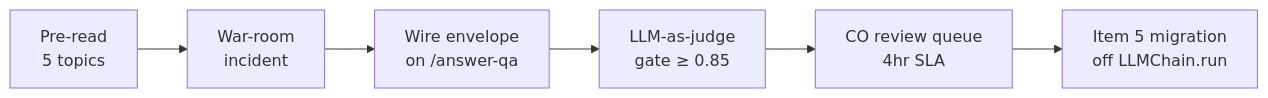
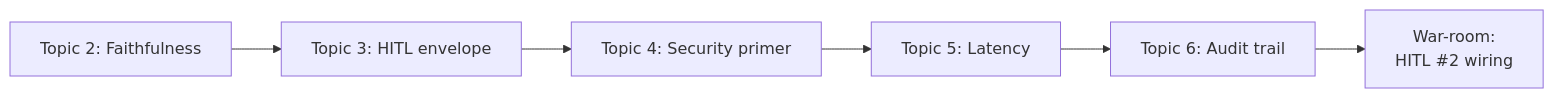
One commit to KarsunFDE/content changed the diagram in W02/pre-session/4-Thursday/1-DailyTopicOverview.md. Above: the diagram before and after it, drawn with Mermaid. The commit also changed other lines of this file and 12 other files, not shown here.

````diff
--- a/W02/pre-session/4-Thursday/1-DailyTopicOverview.md
+++ b/W02/pre-session/4-Thursday/1-DailyTopicOverview.md
@@ -25,8 +37,8 @@
 ```mermaid
 graph LR
-    A[Pre-read<br/>5 topics] --> B[War-room<br/>incident]
-    B --> C[Wire envelope<br/>on /answer-qa]
-    C --> D[LLM-as-judge<br/>gate ≥ 0.85]
-    D --> E[CO review queue<br/>4hr SLA]
-    E --> F[Item 5 migration<br/>off LLMChain.run]
+    T2[Topic 2: Faithfulness] --> T3[Topic 3: HITL envelope]
+    T3 --> T4[Topic 4: Security primer]
+    T4 --> T5[Topic 5: Latency]
+    T5 --> T6[Topic 6: Audit trail]
+    T6 --> WR[War-room:<br/>HITL #2 wiring]
 ```
````
